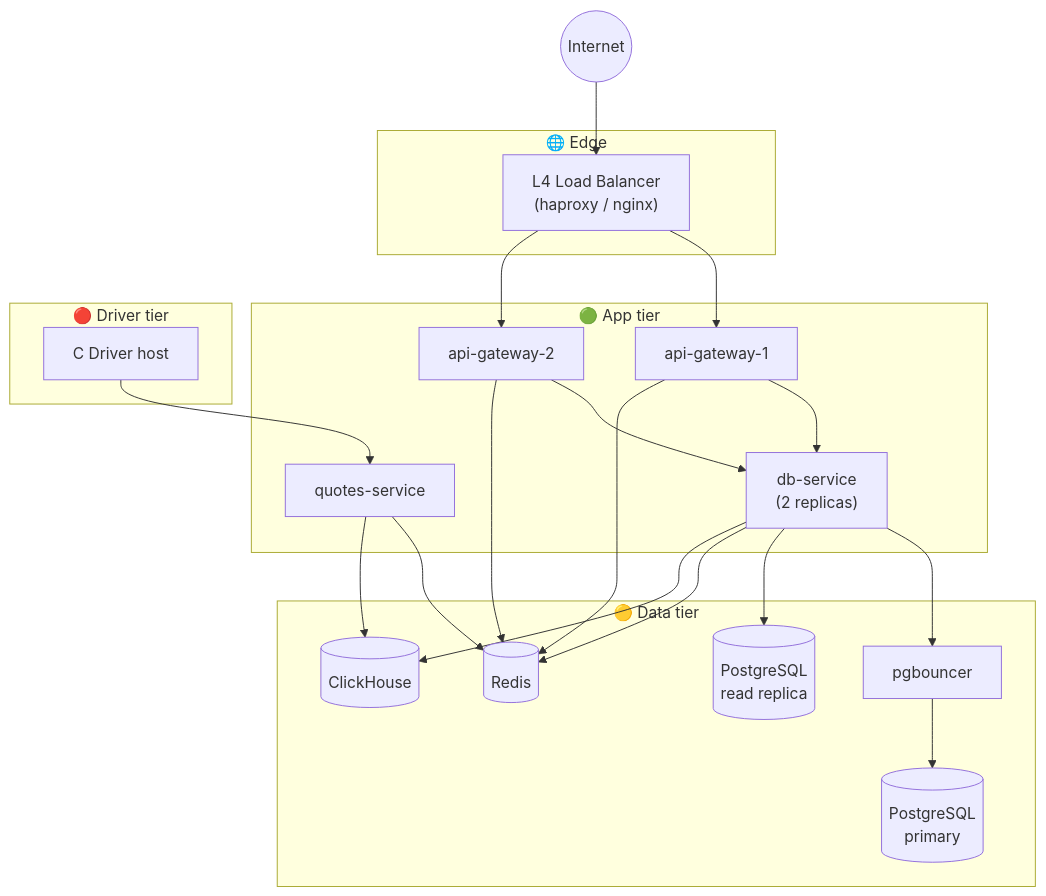
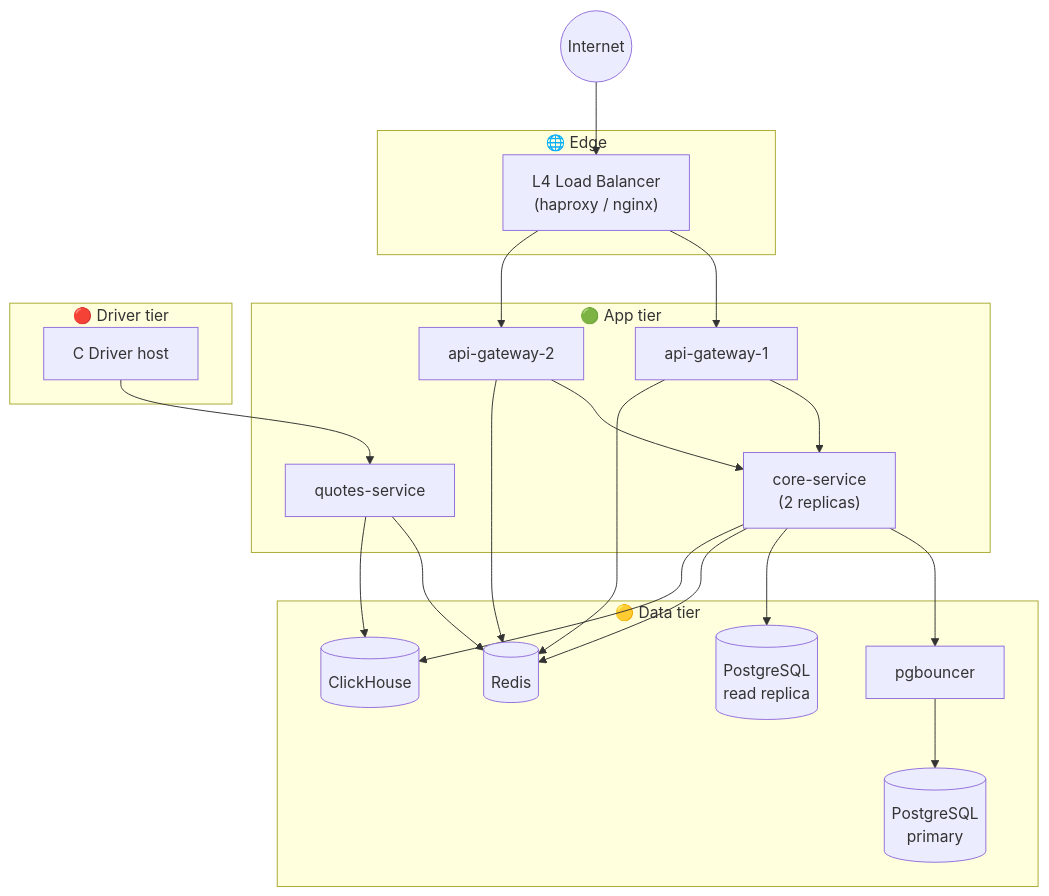
One commit to r4m63/Stockyard changed the third of 5 diagrams in docs/architecture/04-deployment.md. Above: the diagram before and after it, drawn with Mermaid. The commit also changed other lines of this file and 26 other files, not shown here.

First line of the commit message:
docs(arch): add storage operations, ADRs 007-009, rename DB Service to Core Service

````diff
--- a/docs/architecture/04-deployment.md
+++ b/docs/architecture/04-deployment.md
@@ -114,39 +114,39 @@
 ```mermaid
 graph TB
     Internet((Internet))
 
     subgraph Edge["🌐 Edge"]
         LB["L4 Load Balancer<br/>(haproxy / nginx)"]
     end
 
     subgraph App["🟢 App tier"]
         GW1["api-gateway-1"]
         GW2["api-gateway-2"]
-        DBSvc["db-service<br/>(2 replicas)"]
+        CoreSvc["core-service<br/>(2 replicas)"]
         QSvc["quotes-service"]
     end
 
     subgraph Data["🟡 Data tier"]
         PgB["pgbouncer"]
         PG[("PostgreSQL<br/>primary")]
         PGr[("PostgreSQL<br/>read replica")]
         Rds[("Redis")]
         CH[("ClickHouse")]
     end
 
     subgraph Driver["🔴 Driver tier"]
         Drv["C Driver host"]
     end
 
     Internet --> LB
     LB --> GW1 & GW2
-    GW1 & GW2 --> DBSvc
+    GW1 & GW2 --> CoreSvc
     GW1 & GW2 --> Rds
-    DBSvc --> PgB --> PG
-    DBSvc --> PGr
-    DBSvc --> Rds
-    DBSvc --> CH
+    CoreSvc --> PgB --> PG
+    CoreSvc --> PGr
+    CoreSvc --> Rds
+    CoreSvc --> CH
     QSvc --> Rds
     QSvc --> CH
     Drv --> QSvc
 ```
````
